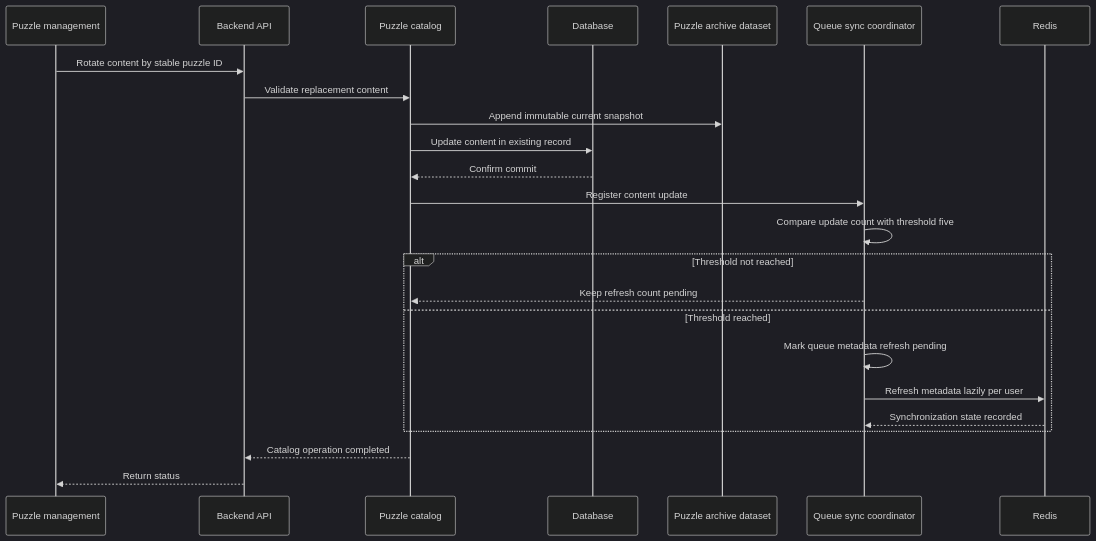
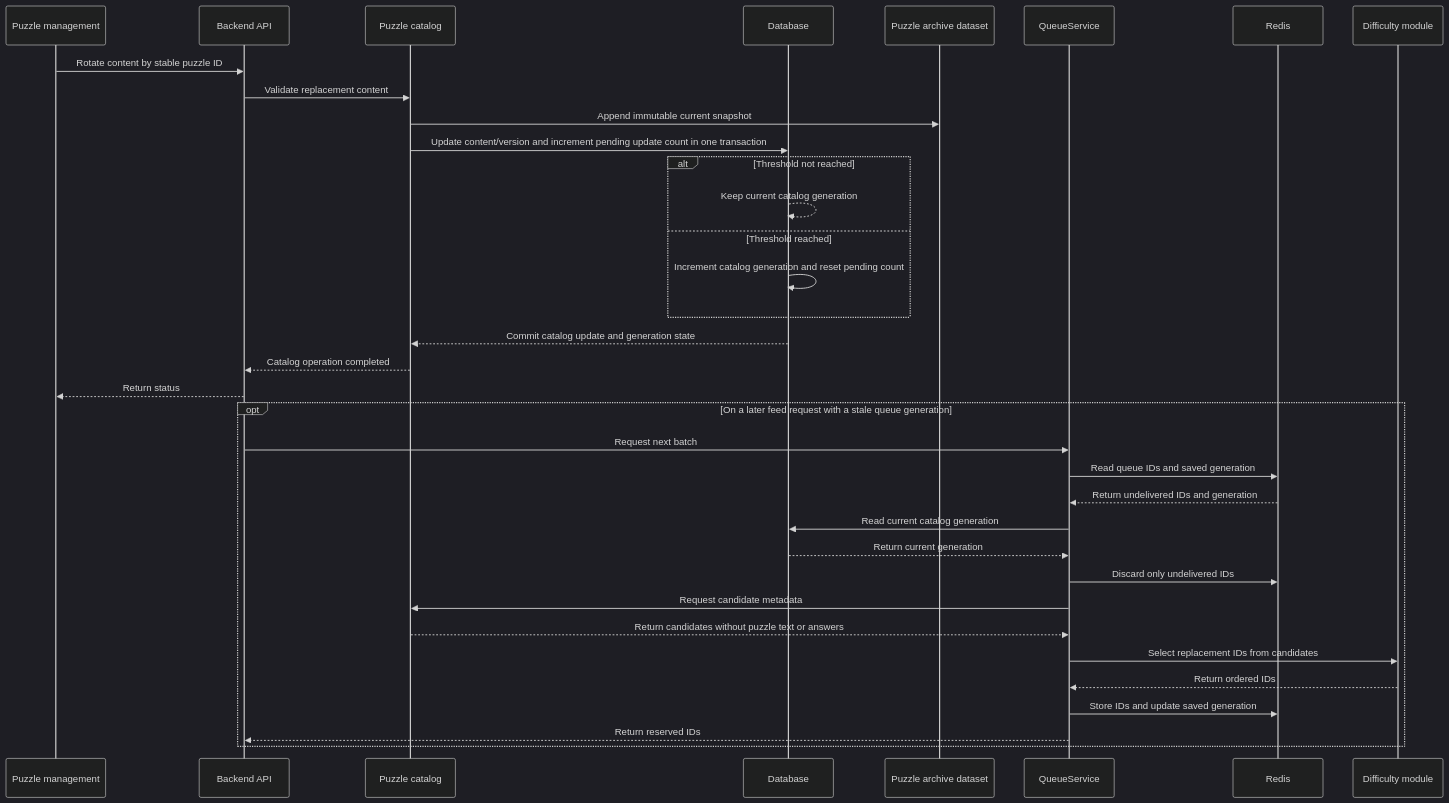
Before and after one commit to yassine0010/pikpok: the eighth of 9 diagrams in technical-architecture.md, drawn with Mermaid (dark theme). The commit also changed other lines of this file and 8 other files, not shown here.

Commit message:
docs: reorganize project documentation and update technical implementation and architecture specifications

````diff
--- a/technical-architecture.md
+++ b/technical-architecture.md
@@ -1009,29 +1041,41 @@
 ```mermaid
 sequenceDiagram
     participant M as Puzzle management
     participant A as Backend API
-   participant P as Puzzle catalog
-   participant D as Database
+    participant P as Puzzle catalog
+    participant D as Database
     participant H as Puzzle archive dataset
-   participant S as Queue sync coordinator
+    participant Q as QueueService
     participant R as Redis
+    participant G as Difficulty module
 
-   M->>A: Rotate content by stable puzzle ID
-   A->>P: Validate replacement content
+    M->>A: Rotate content by stable puzzle ID
+    A->>P: Validate replacement content
     P->>H: Append immutable current snapshot
-   P->>D: Update content in existing record
-    D-->>P: Confirm commit
-    P->>S: Register content update
-    S->>S: Compare update count with threshold five
+    P->>D: Update content/version and increment pending update count in one transaction
 
     alt Threshold not reached
-        S-->>P: Keep refresh count pending
+        D-->>D: Keep current catalog generation
     else Threshold reached
-        S->>S: Mark queue metadata refresh pending
-        S->>R: Refresh metadata lazily per user
-        R-->>S: Synchronization state recorded
+        D->>D: Increment catalog generation and reset pending count
     end
+    D-->>P: Commit catalog update and generation state
 
     P-->>A: Catalog operation completed
     A-->>M: Return status
+
+    opt On a later feed request with a stale queue generation
+        A->>Q: Request next batch
+        Q->>R: Read queue IDs and saved generation
+        R-->>Q: Return undelivered IDs and generation
+        Q->>D: Read current catalog generation
+        D-->>Q: Return current generation
+        Q->>R: Discard only undelivered IDs
+        Q->>P: Request candidate metadata
+        P-->>Q: Return candidates without puzzle text or answers
+        Q->>G: Select replacement IDs from candidates
+        G-->>Q: Return ordered IDs
+        Q->>R: Store IDs and update saved generation
+        Q-->>A: Return reserved IDs
+    end
 ```
````
